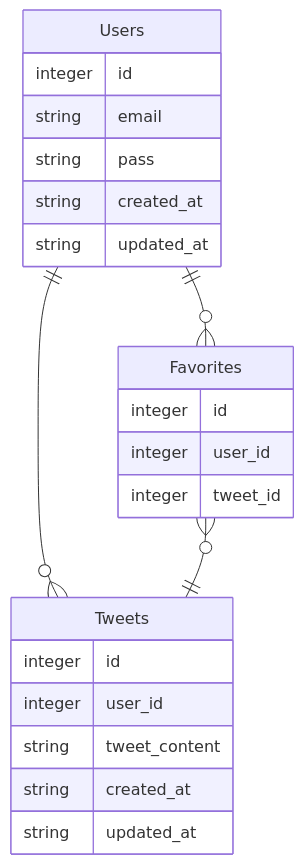
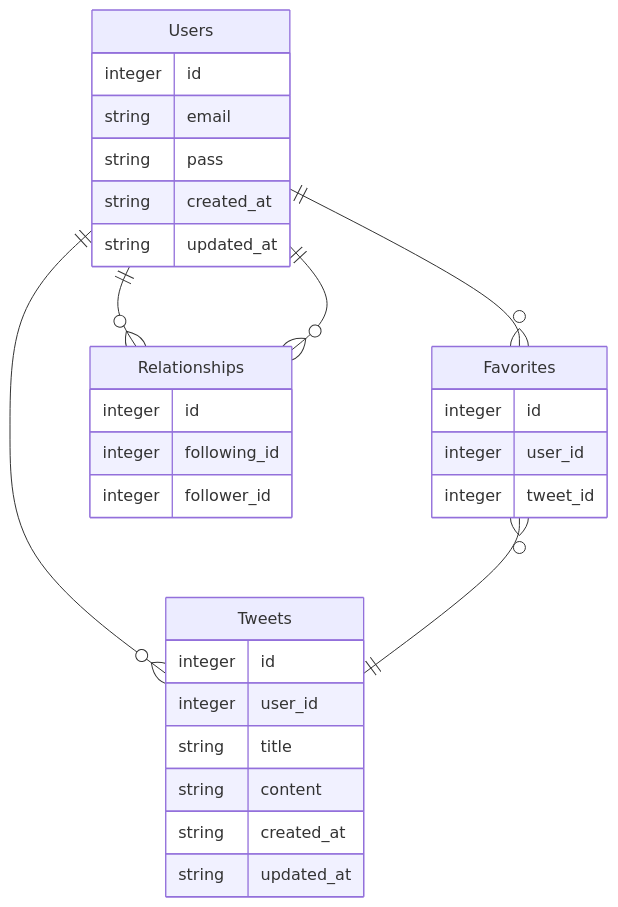
The diagram in README.md (ok-os-job-change-team/kaito-tweeter-clone-bootcamp), drawn with Mermaid before and after one commit. The commit also changed other lines of this file, not shown here.

Commit message:
ER図を修正

````diff
--- a/README.md
+++ b/README.md
@@ -54,25 +54,34 @@
 ```mermaid
 erDiagram
 Users ||--o{ Tweets:""
 Users ||--o{ Favorites:"" 
 Favorites }o--|| Tweets:""
+Users ||--o{ Relationships:""
+Relationships }o--|| Users:""
+
 Users {
   integer id
   string email
   string pass
   string created_at
   string updated_at
 }
 Tweets {
   integer id
   integer user_id
-  string tweet_content
+  string title
+  string content
   string created_at
   string updated_at
 }
 Favorites {
   integer id
   integer user_id
   integer tweet_id
 }
+Relationships{
+  integer id
+  integer following_id
+  integer follower_id
+}
 ```
````
